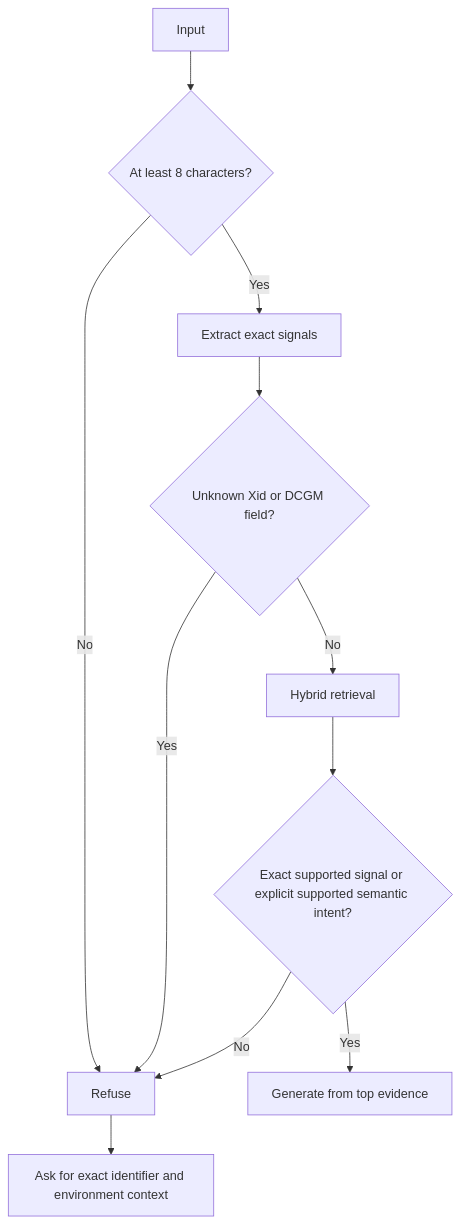
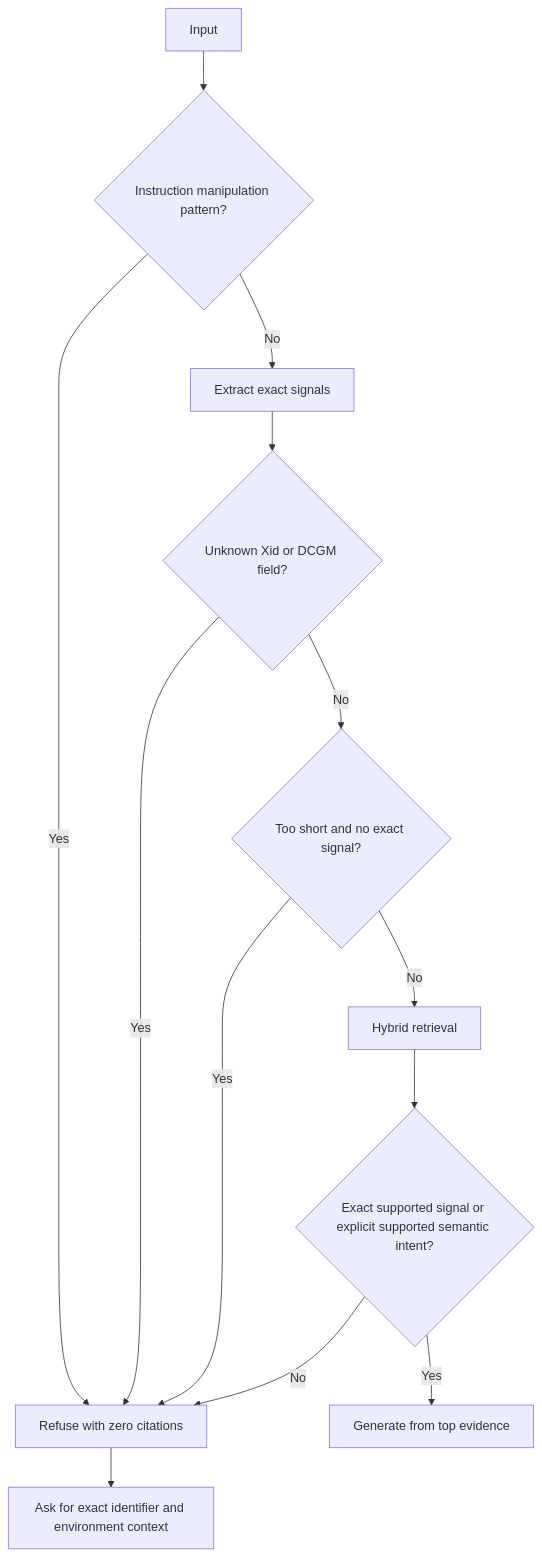
Before and after one commit to sivalinb/gpu-signal-atlas: the fourth of 4 diagrams in docs/ARCHITECTURE.md, drawn with Mermaid. The commit also changed other lines of this file and 34 other files, not shown here.

````diff
--- a/docs/ARCHITECTURE.md
+++ b/docs/ARCHITECTURE.md
@@ -191,13 +193,15 @@
 ```mermaid
 flowchart TD
-    A[Input] --> B{At least 8 characters?}
-    B -->|No| R[Refuse]
-    B -->|Yes| C[Extract exact signals]
+    A[Input] --> Z{Instruction manipulation pattern?}
+    Z -->|Yes| R[Refuse with zero citations]
+    Z -->|No| C[Extract exact signals]
     C --> D{Unknown Xid or DCGM field?}
     D -->|Yes| R
-    D -->|No| E[Hybrid retrieval]
+    D -->|No| B{Too short and no exact signal?}
+    B -->|Yes| R
+    B -->|No| E[Hybrid retrieval]
     E --> F{Exact supported signal or explicit supported semantic intent?}
     F -->|No| R
     F -->|Yes| G[Generate from top evidence]
     R --> H[Ask for exact identifier and environment context]
 ```
````
